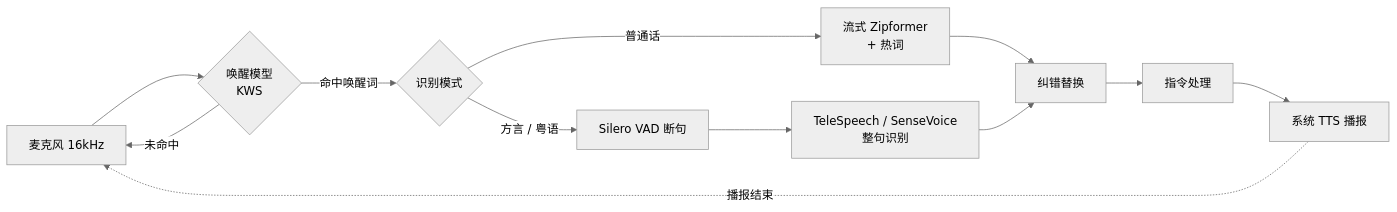
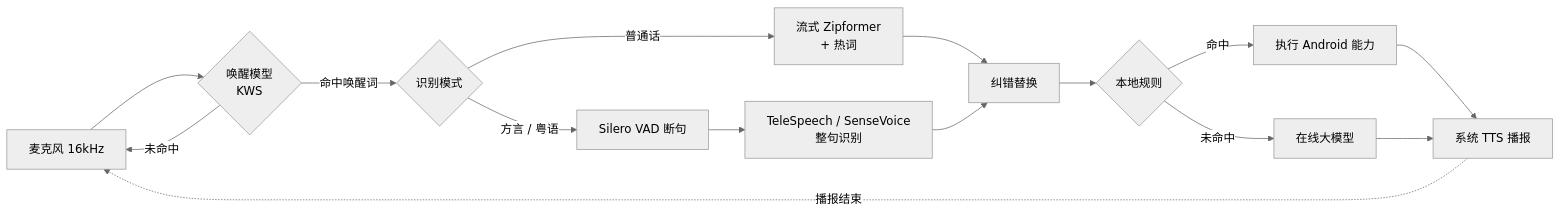
Before and after one commit to raferlyan/Android-Assistant: the diagram in README.md, drawn with Mermaid (neutral theme). The commit also changed other lines of this file and 15 other files, not shown here.

First line of the commit message:
语音浮窗、意图路由、在线大模型与打断

````diff
--- a/README.md
+++ b/README.md
@@ -184,12 +242,16 @@
 ```mermaid
 flowchart LR
     MIC[麦克风 16kHz] --> KWS{唤醒模型<br/>KWS}
     KWS -- 未命中 --> MIC
     KWS -- 命中唤醒词 --> MODE{识别模式}
     MODE -- 普通话 --> ONLINE[流式 Zipformer<br/>+ 热词]
     MODE -- 方言 / 粤语 --> VAD[Silero VAD 断句] --> OFFLINE[TeleSpeech / SenseVoice<br/>整句识别]
     ONLINE --> FIX[纠错替换]
     OFFLINE --> FIX
-    FIX --> CMD[指令处理] --> TTS[系统 TTS 播报]
+    FIX --> ROUTER{本地规则}
+    ROUTER -- 命中 --> ACT[执行 Android 能力]
+    ROUTER -- 未命中 --> LLM[在线大模型]
+    ACT --> TTS[系统 TTS 播报]
+    LLM --> TTS
     TTS -. 播报结束 .-> MIC
 ```
````
